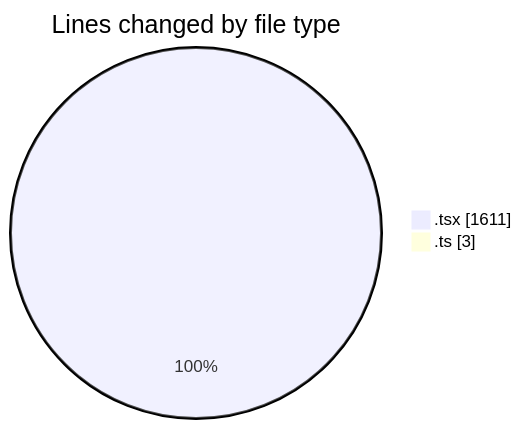
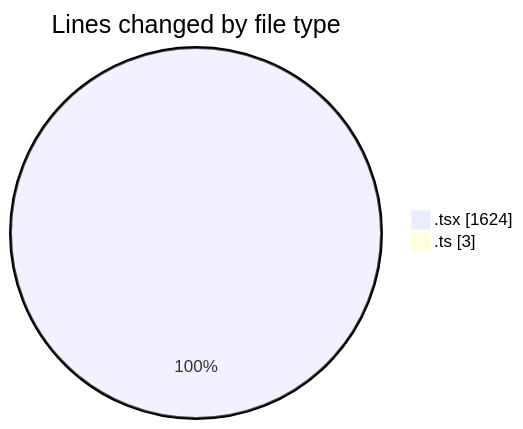
One commit to momahboobian/code-tracking changed the first of 2 diagrams in 2025-02-12/cda/README.md. Above: the diagram before and after it, drawn with Mermaid. The commit also changed other lines of this file and 1 other file, not shown here.

````diff
--- a/2025-02-12/cda/README.md
+++ b/2025-02-12/cda/README.md
@@ -23,6 +23,6 @@
 ```mermaid
 pie showData
 title Lines changed by file type
-".tsx" : 1611
+".tsx" : 1624
 ".ts" : 3
 ```
````
